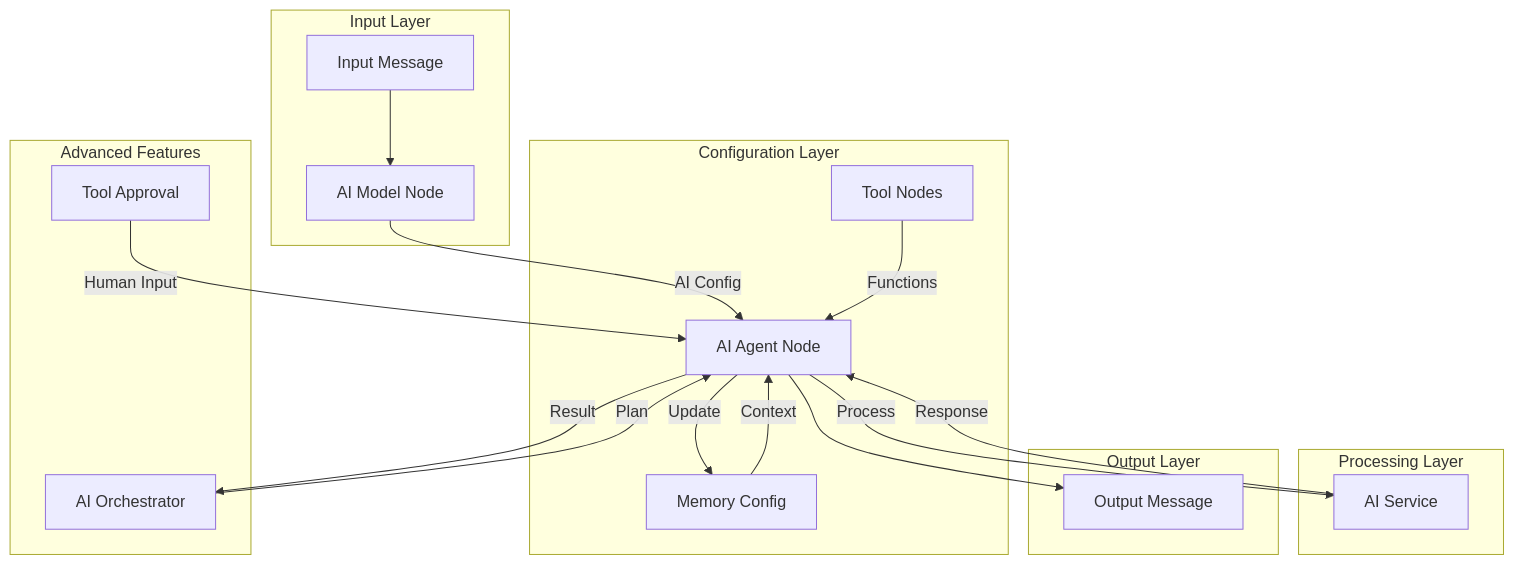
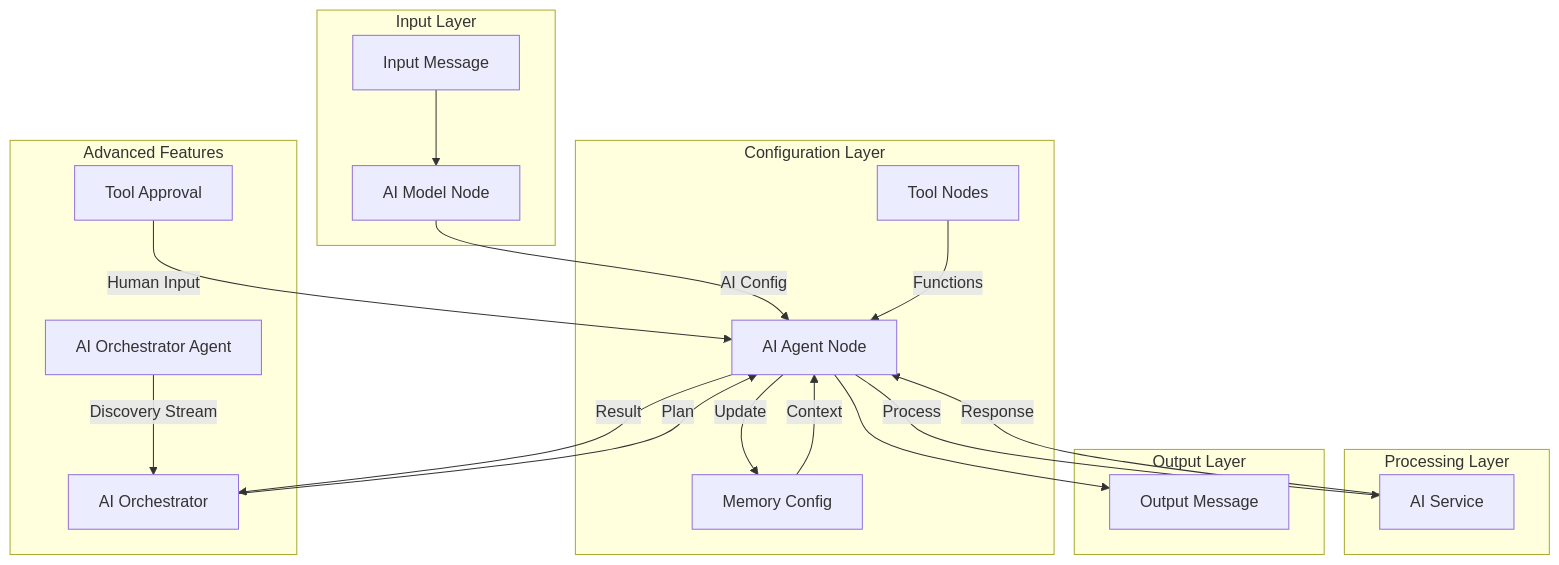
The diagram in docs/livewiki/overview.md (ko4lax/node-red-contrib-ai-agent), drawn with Mermaid before and after one commit. The commit also changed other lines of this file and 12 other files, not shown here.

Commit message:
docs: update AI Orchestrator Agent naming and add comprehensive Chain Discovery documentation across README, architecture, and module references.

````diff
--- a/docs/livewiki/overview.md
+++ b/docs/livewiki/overview.md
@@ -17,28 +17,29 @@
 ```mermaid
 graph TB
     subgraph "Input Layer"
         IN[Input Message] --> MODEL[AI Model Node]
     end
     
     subgraph "Configuration Layer"
         MODEL -->|AI Config| AGENT[AI Agent Node]
         MEMORY[Memory Config] -->|Context| AGENT
         TOOLS[Tool Nodes] -->|Functions| AGENT
     end
     
     subgraph "Processing Layer"
         AGENT -->|Process| AI[AI Service]
         AI -->|Response| AGENT
         AGENT -->|Update| MEMORY
     end
     
     subgraph "Output Layer"
         AGENT --> OUT[Output Message]
     end
     
     subgraph "Advanced Features"
-        ORCH[AI Orchestrator] -->|Plan| AGENT
+        AIOA[AI Orchestrator Agent] -->|Discovery Stream| ORCH[AI Orchestrator]
+        ORCH -->|Plan| AGENT
         AGENT -->|Result| ORCH
         APPROVAL[Tool Approval] -->|Human Input| AGENT
     end
 ```
````
